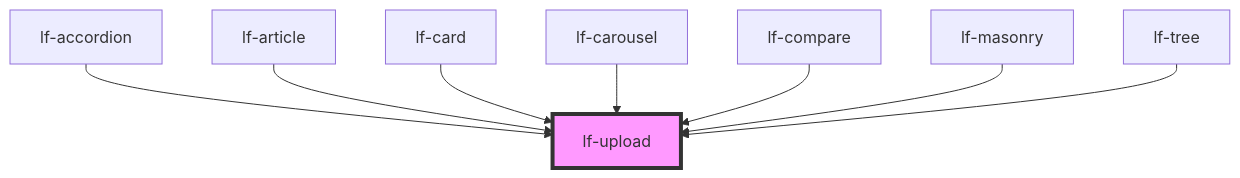
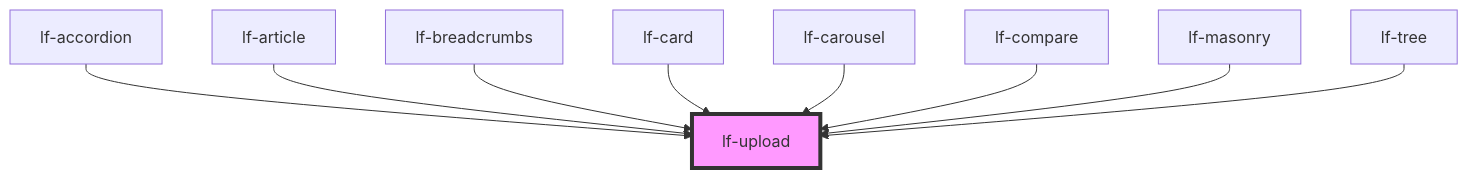
The diagram in packages/core/src/components/lf-upload/readme.md (lucafoscili/lf-widgets), drawn with Mermaid before and after one commit. The commit also changed other lines of this file and 17 other files, not shown here.

````diff
--- a/packages/core/src/components/lf-upload/readme.md
+++ b/packages/core/src/components/lf-upload/readme.md
@@ -120,11 +121,12 @@
 ```mermaid
 graph TD;
   lf-accordion --> lf-upload
   lf-article --> lf-upload
+  lf-breadcrumbs --> lf-upload
   lf-card --> lf-upload
   lf-carousel --> lf-upload
   lf-compare --> lf-upload
   lf-masonry --> lf-upload
   lf-tree --> lf-upload
   style lf-upload fill:#f9f,stroke:#333,stroke-width:4px
 ```
````
